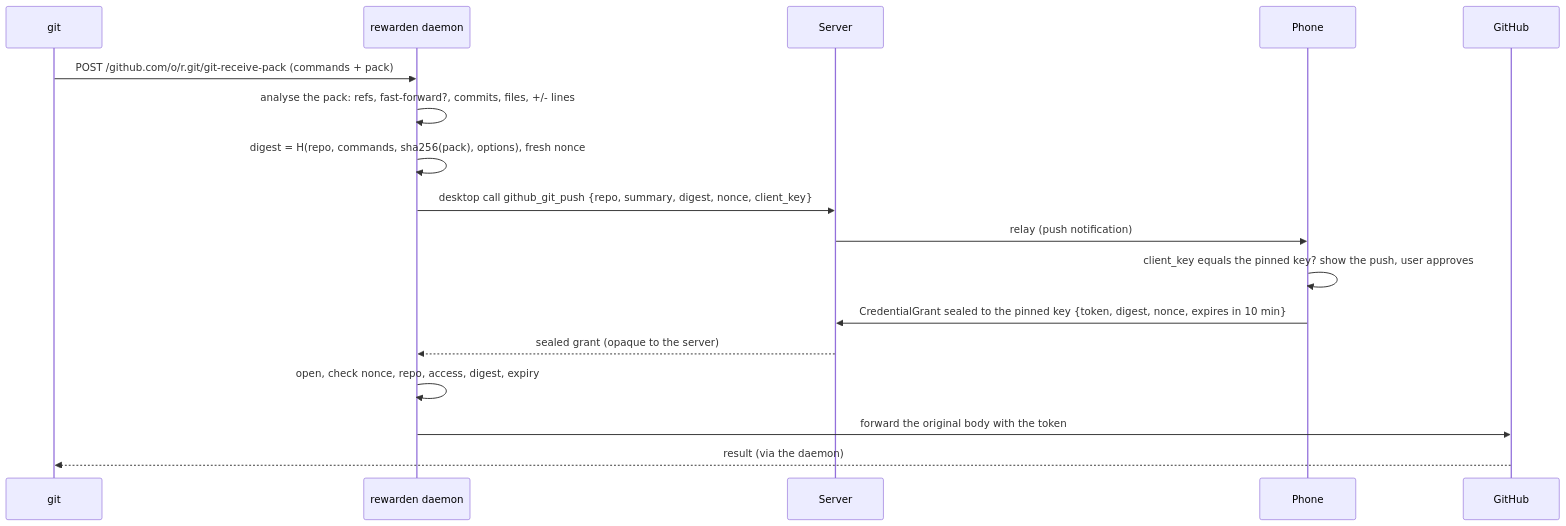
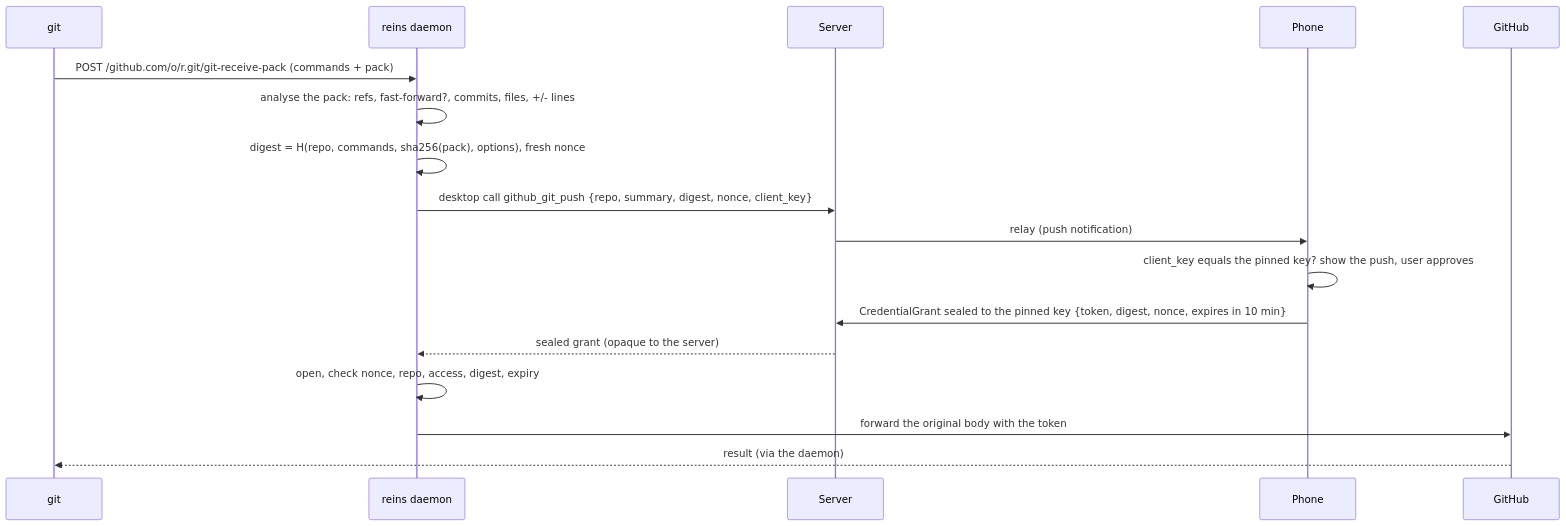
One commit to katulevskiy/reins changed the fourth of 4 diagrams in docs/architecture.md. Above: the diagram before and after it, drawn with Mermaid. The commit also changed other lines of this file and 584 other files, not shown here.

Commit message:
chore: rename rewarden to reins everywhere

````diff
--- a/docs/architecture.md
+++ b/docs/architecture.md
@@ -169,19 +169,19 @@
 ```mermaid
 sequenceDiagram
     participant G as git
-    participant D as rewarden daemon
+    participant D as reins daemon
     participant S as Server
     participant P as Phone
     participant H as GitHub
     G->>D: POST /github.com/o/r.git/git-receive-pack (commands + pack)
     D->>D: analyse the pack: refs, fast-forward?, commits, files, +/- lines
     D->>D: digest = H(repo, commands, sha256(pack), options), fresh nonce
     D->>S: desktop call github_git_push {repo, summary, digest, nonce, client_key}
     S->>P: relay (push notification)
     P->>P: client_key equals the pinned key? show the push, user approves
     P->>S: CredentialGrant sealed to the pinned key {token, digest, nonce, expires in 10 min}
     S-->>D: sealed grant (opaque to the server)
     D->>D: open, check nonce, repo, access, digest, expiry
     D->>H: forward the original body with the token
     H-->>G: result (via the daemon)
 ```
````
